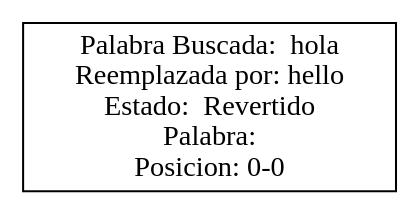
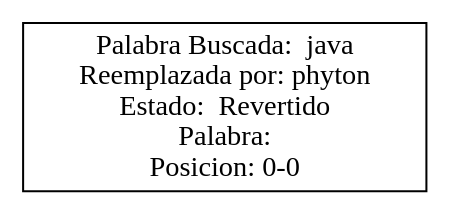
Before and after one commit to elJuanjoRamos/P1_3STRUCTURAS: the diagram in Practica 1/PilaRevertido.dot, drawn with Graphviz. The commit also changed 25 other files, not shown here.

```diff
--- a/Practica 1/PilaRevertido.dot
+++ b/Practica 1/PilaRevertido.dot
@@ -1,7 +1,7 @@
 digraph G {node[shape = box];
-Nodo0 [label =  "Palabra Buscada:  hola 
-Reemplazada por: hello
+Nodo0 [label =  "Palabra Buscada:  java 
+Reemplazada por: phyton
 Estado:  Revertido
 Palabra: 
 Posicion: 0-0
 "]{rank=same; Nodo0;}}
```
